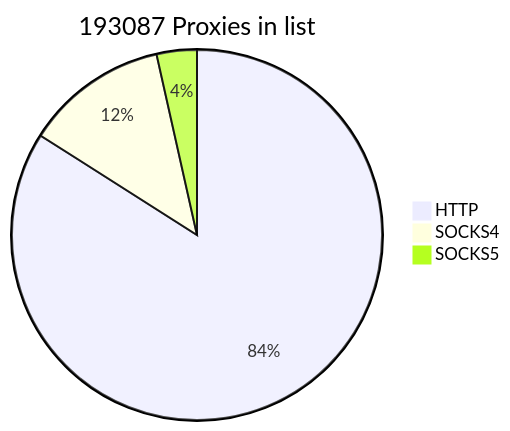
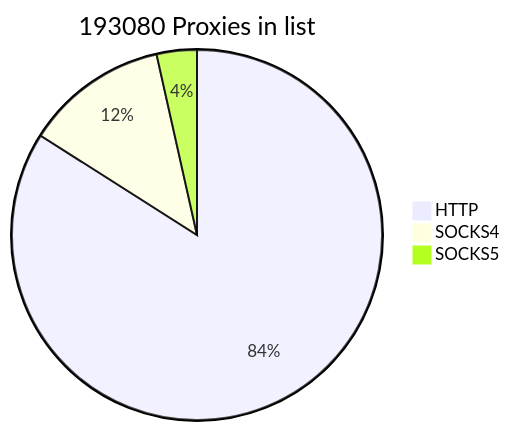
One commit to cutipu/proxylist changed the first of 2 diagrams in README.md. Above: the diagram before and after it, drawn with Mermaid. The commit also changed other lines of this file, not shown here.

````diff
--- a/README.md
+++ b/README.md
@@ -2,7 +2,7 @@
 ```mermaid
-pie title 193087 Proxies in list
-    "HTTP" : 162210
-    "SOCKS4" : 24104
+pie title 193080 Proxies in list
+    "HTTP" : 162202
+    "SOCKS4" : 24105
     "SOCKS5" : 6773
             
 ```
````
